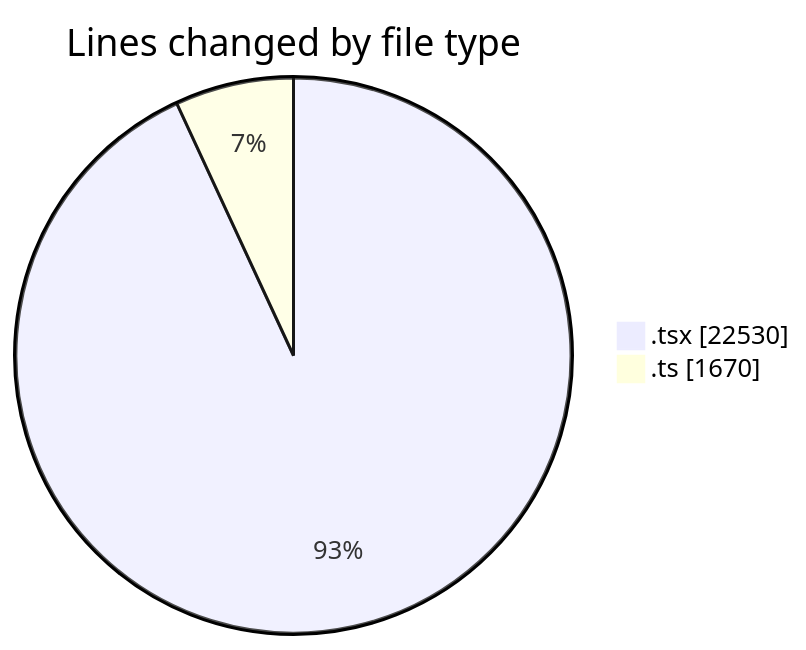
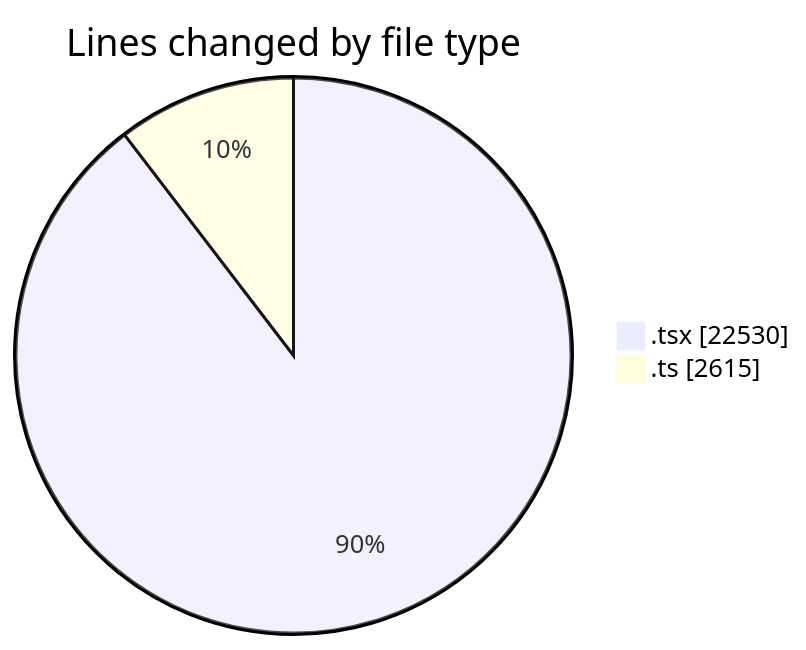
Before and after one commit to nxtqubesakshisongat/code-tracking: the first of 2 diagrams in 2026-08-23/nxtqube_webapp/README.md, drawn with Mermaid. The commit also changed other lines of this file and 1 other file, not shown here.

````diff
--- a/2026-08-23/nxtqube_webapp/README.md
+++ b/2026-08-23/nxtqube_webapp/README.md
@@ -63,6 +65,6 @@
 ```mermaid
 pie showData
 title Lines changed by file type
 ".tsx" : 22530
-".ts" : 1670
+".ts" : 2615
 ```
````
